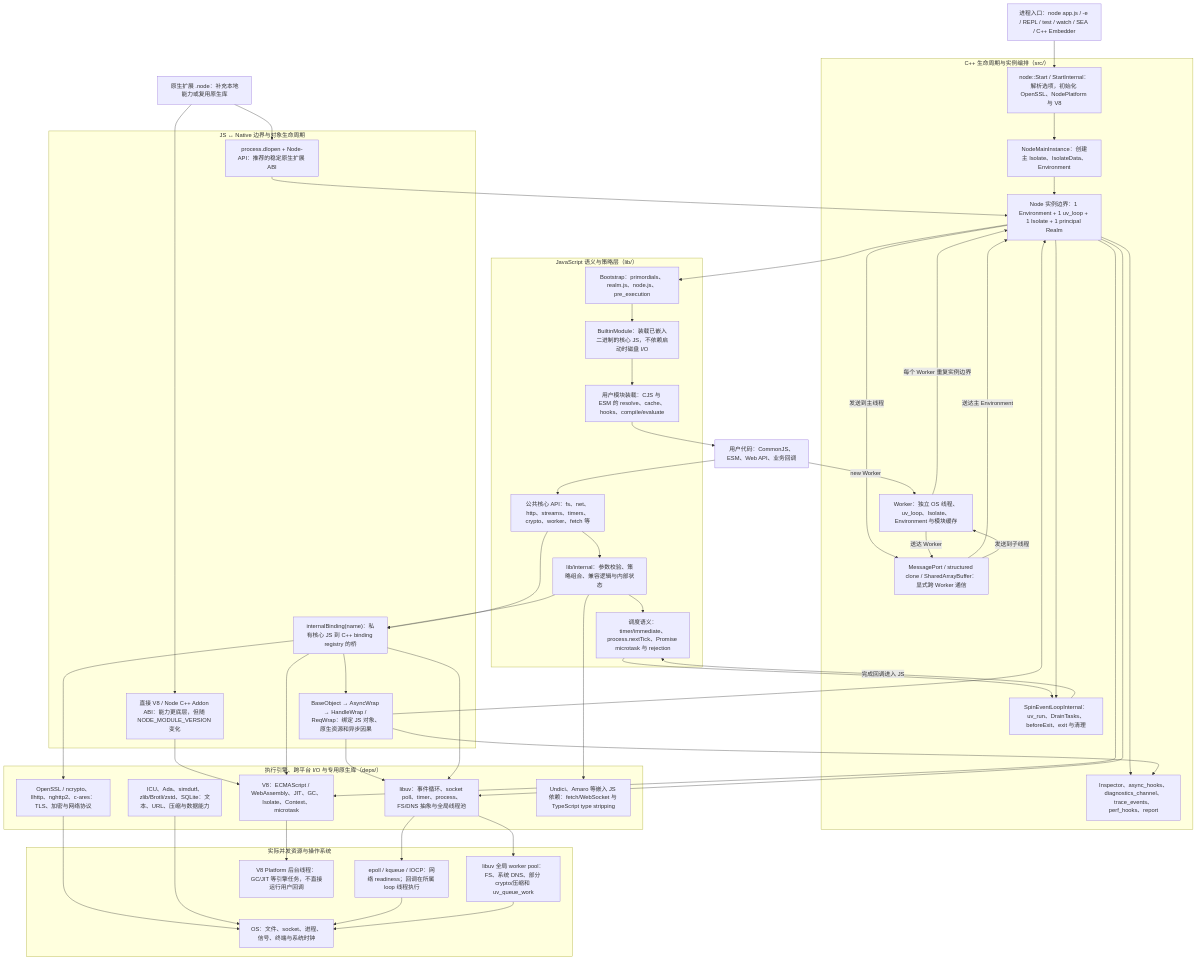
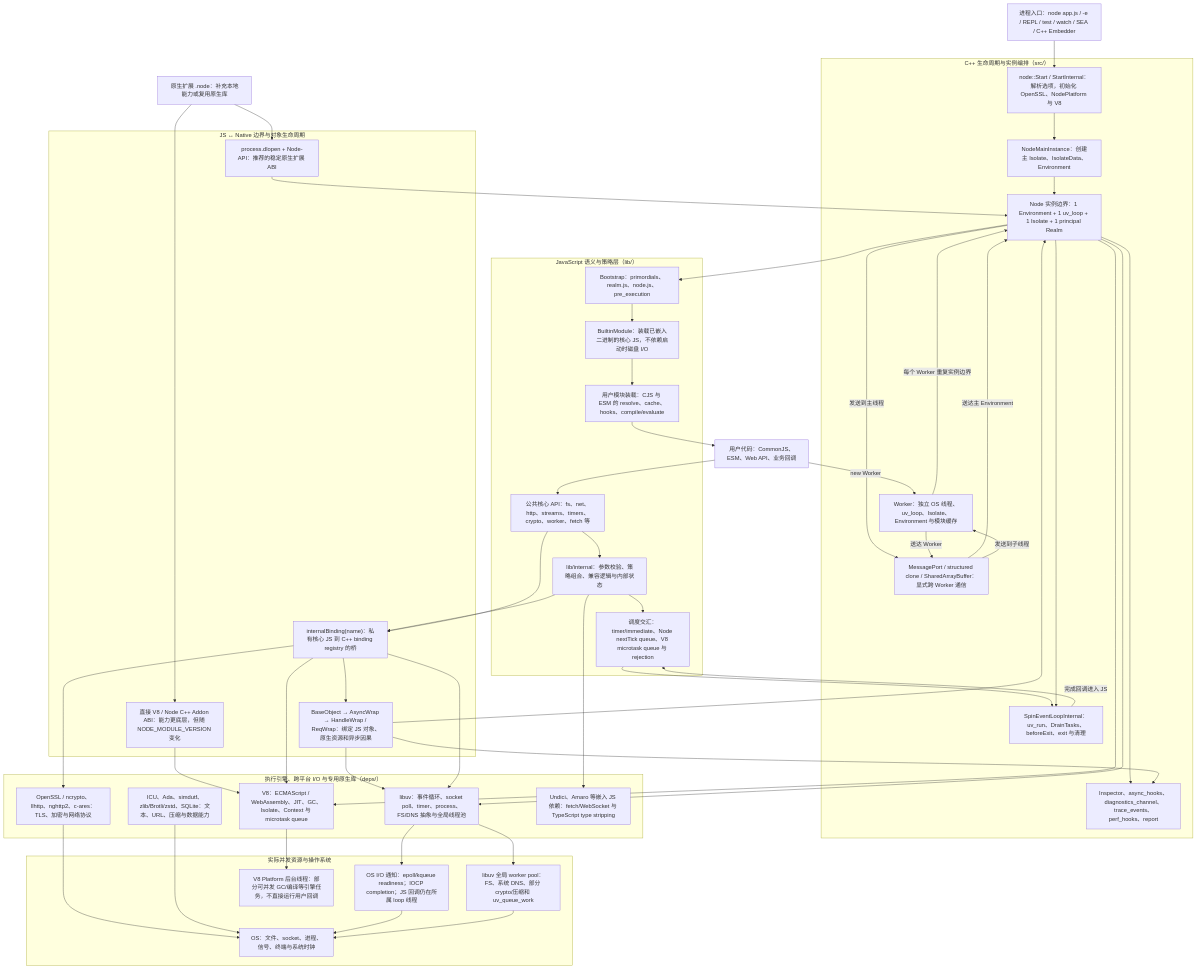
Before and after one commit to noscripter/node: the diagram in architecture/runtime-architecture.mmd, drawn with Mermaid. The commit also changed 5 other files, not shown here.

```diff
--- a/architecture/runtime-architecture.mmd
+++ b/architecture/runtime-architecture.mmd
@@ -1,83 +1,83 @@
 flowchart TB
   INVOKE["进程入口：node app.js / -e / REPL / test / watch / SEA / C++ Embedder"]
   USER["用户代码：CommonJS、ESM、Web API、业务回调"]
   ADDON["原生扩展 .node：补充本地能力或复用原生库"]
 
   subgraph LIFECYCLE["C++ 生命周期与实例编排（src/）"]
     START["node::Start / StartInternal：解析选项，初始化 OpenSSL、NodePlatform 与 V8"]
     MAIN["NodeMainInstance：创建主 Isolate、IsolateData、Environment"]
     INSTANCE["Node 实例边界：1 Environment + 1 uv_loop + 1 Isolate + 1 principal Realm"]
     LOOP["SpinEventLoopInternal：uv_run、DrainTasks、beforeExit、exit 与清理"]
     WORKER["Worker：独立 OS 线程、uv_loop、Isolate、Environment 与模块缓存"]
     MSG["MessagePort / structured clone / SharedArrayBuffer：显式跨 Worker 通信"]
     DIAG["Inspector、async_hooks、diagnostics_channel、trace_events、perf_hooks、report"]
   end
 
   subgraph JSLAYER["JavaScript 语义与策略层（lib/）"]
     BOOT["Bootstrap：primordials、realm.js、node.js、pre_execution"]
     BUILTIN["BuiltinModule：装载已嵌入二进制的核心 JS，不依赖启动时磁盘 I/O"]
     LOADERS["用户模块装载：CJS 与 ESM 的 resolve、cache、hooks、compile/evaluate"]
     PUBLIC["公共核心 API：fs、net、http、streams、timers、crypto、worker、fetch 等"]
     INTERNAL["lib/internal：参数校验、策略组合、兼容逻辑与内部状态"]
-    TASKS["调度语义：timer/immediate、process.nextTick、Promise microtask 与 rejection"]
+    TASKS["调度交汇：timer/immediate、Node nextTick queue、V8 microtask queue 与 rejection"]
   end
 
   subgraph BRIDGE["JS ↔ Native 边界与对象生命周期"]
     IB["internalBinding(name)：私有核心 JS 到 C++ binding registry 的桥"]
     WRAP["BaseObject → AsyncWrap → HandleWrap / ReqWrap：绑定 JS 对象、原生资源和异步因果"]
     NAPI["process.dlopen + Node-API：推荐的稳定原生扩展 ABI"]
     DIRECT["直接 V8 / Node C++ Addon ABI：能力更底层，但随 NODE_MODULE_VERSION 变化"]
   end
 
   subgraph NATIVE["执行引擎、跨平台 I/O 与专用原生库（deps/）"]
-    V8["V8：ECMAScript / WebAssembly、JIT、GC、Isolate、Context、microtask"]
+    V8["V8：ECMAScript / WebAssembly、JIT、GC、Isolate、Context 与 microtask queue"]
     UV["libuv：事件循环、socket poll、timer、process、FS/DNS 抽象与全局线程池"]
     PROTOCOL["OpenSSL / ncrypto、llhttp、nghttp2、c-ares：TLS、加密与网络协议"]
     DATA["ICU、Ada、simdutf、zlib/Brotli/zstd、SQLite：文本、URL、压缩与数据能力"]
     JSDEPS["Undici、Amaro 等嵌入 JS 依赖：fetch/WebSocket 与 TypeScript type stripping"]
   end
 
   subgraph RESOURCES["实际并发资源与操作系统"]
-    POLLER["epoll / kqueue / IOCP：网络 readiness；回调在所属 loop 线程执行"]
+    POLLER["OS I/O 通知：epoll/kqueue readiness；IOCP completion；JS 回调仍在所属 loop 线程"]
     UVPOOL["libuv 全局 worker pool：FS、系统 DNS、部分 crypto/压缩和 uv_queue_work"]
-    V8BG["V8 Platform 后台线程：GC/JIT 等引擎任务，不直接运行用户回调"]
+    V8BG["V8 Platform 后台线程：部分可并发 GC/编译等引擎任务，不直接运行用户回调"]
     OS["OS：文件、socket、进程、信号、终端与系统时钟"]
   end
 
   INVOKE --> START --> MAIN --> INSTANCE
   INSTANCE --> BOOT --> BUILTIN --> LOADERS --> USER
   USER --> PUBLIC --> INTERNAL
   INTERNAL --> TASKS
   INTERNAL --> IB
   PUBLIC --> IB
   ADDON --> NAPI
   ADDON --> DIRECT
   NAPI --> INSTANCE
   DIRECT --> V8
   IB --> WRAP
   WRAP --> INSTANCE
   WRAP --> UV
   IB --> V8
   IB --> UV
   IB --> PROTOCOL
   INTERNAL --> JSDEPS
   TASKS --> LOOP
   INSTANCE --> LOOP
   INSTANCE --> V8
   INSTANCE --> UV
   INSTANCE --> DIAG
   WRAP --> DIAG
   USER -->|new Worker| WORKER
   INSTANCE -->|发送到主线程| MSG
   MSG -->|送达主 Environment| INSTANCE
   MSG -->|发送到子线程| WORKER
   WORKER -->|送达 Worker| MSG
   WORKER -->|每个 Worker 重复实例边界| INSTANCE
   UV --> POLLER
   UV --> UVPOOL
   V8 --> V8BG
   PROTOCOL --> OS
   DATA --> OS
   POLLER --> OS
   UVPOOL --> OS
   LOOP -->|完成回调进入 JS| TASKS
```
